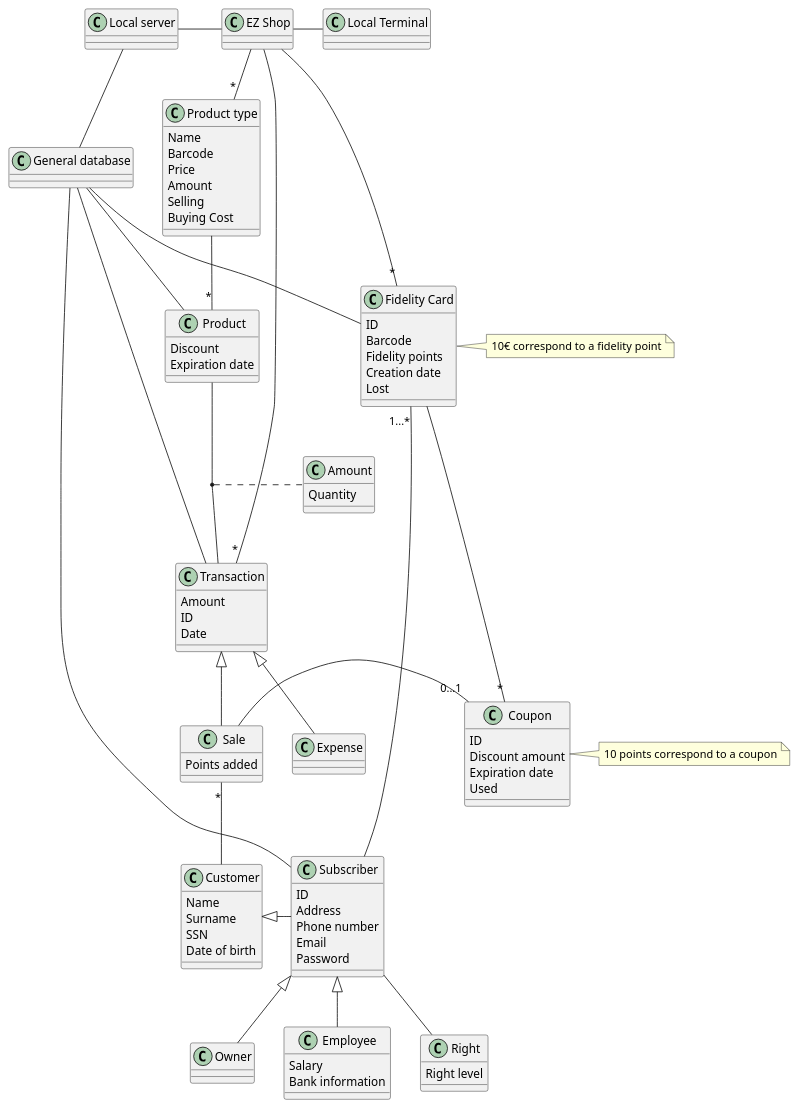
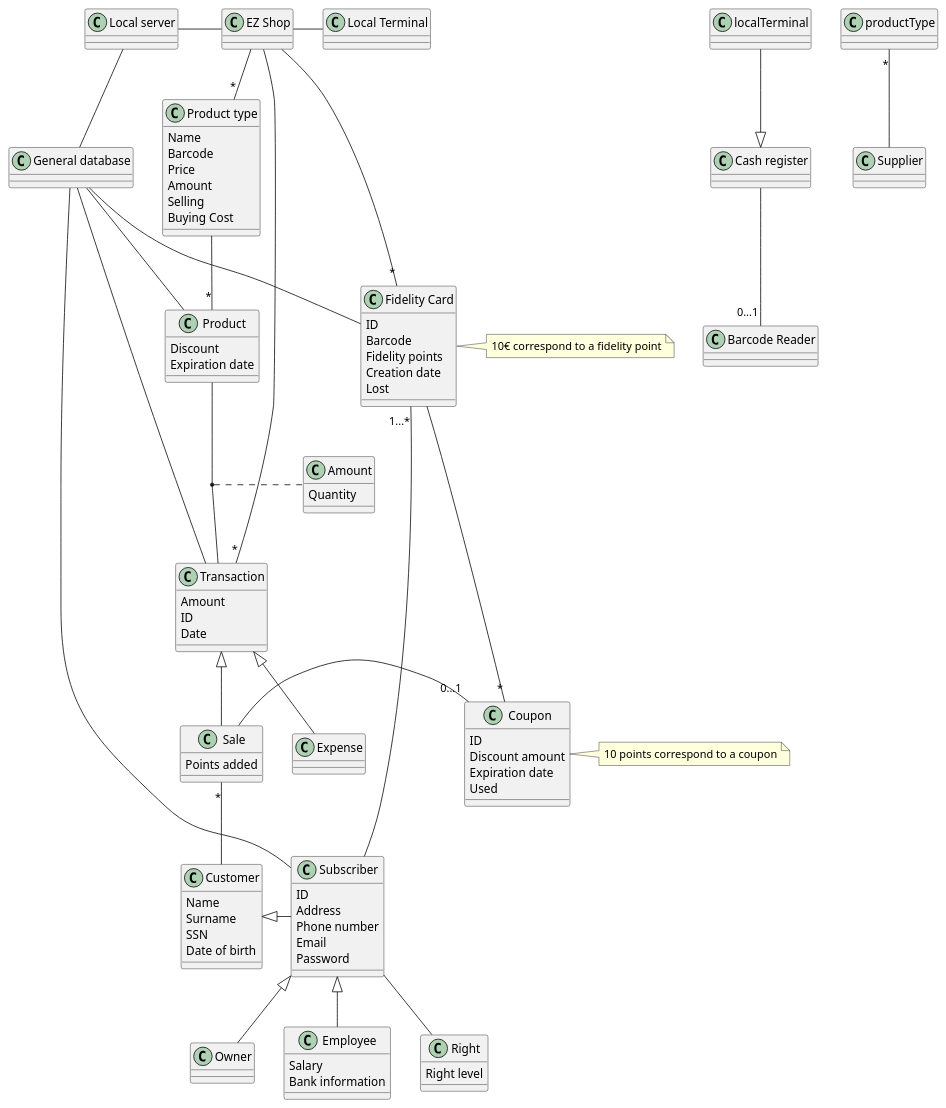
The fifth of 7 diagrams in Deliverables/RequirementsDocument.md (nicolabattaglino/ezshop), drawn with PlantUML before and after one commit. The commit also changed other lines of this file, not shown here.

Commit message:
changes to the glossary

````diff
--- a/Deliverables/RequirementsDocument.md
+++ b/Deliverables/RequirementsDocument.md
@@ -818,6 +818,16 @@
 Expiration date
 }
 
+class "Cash register" as cashRegister{
+
+}
+class "Barcode Reader" as barcodeReader{
+
+}
+class "Supplier" as supplier{
+
+}
+
 
 
 
@@ -848,6 +858,9 @@
 sale - "0...1"coupon
 sale"*" -- customer
 (product,transaction). amount
+localTerminal --|> cashRegister
+cashRegister -- "0...1" barcodeReader
+productType"*" -- supplier 
 
 @enduml
 ```
````
